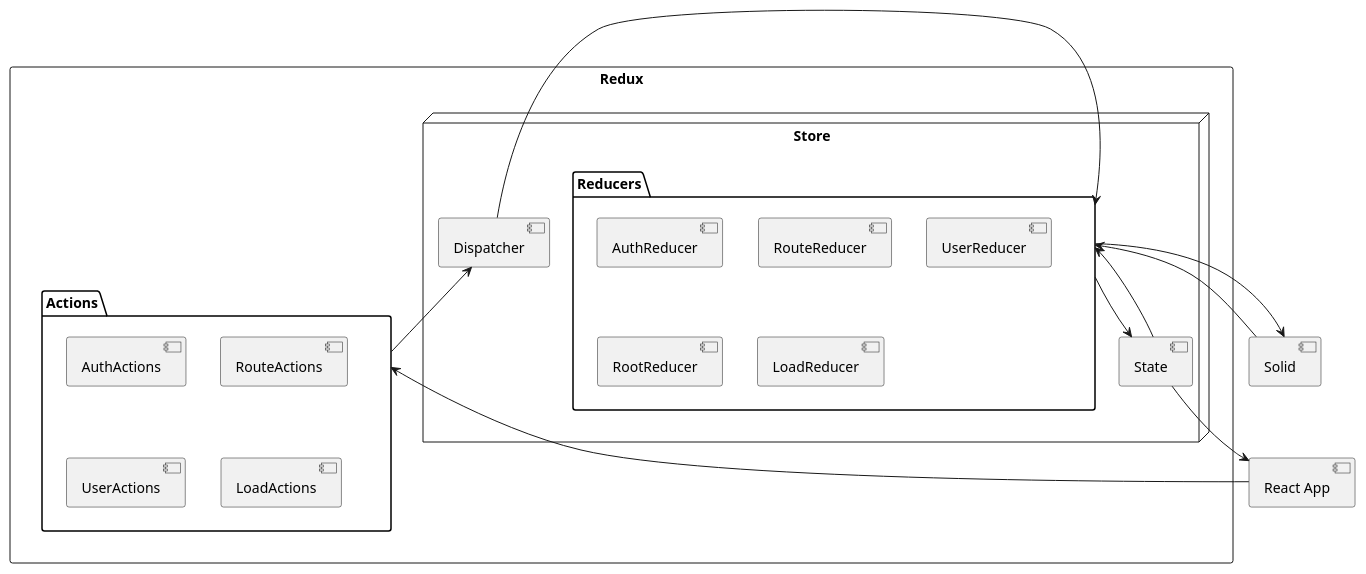
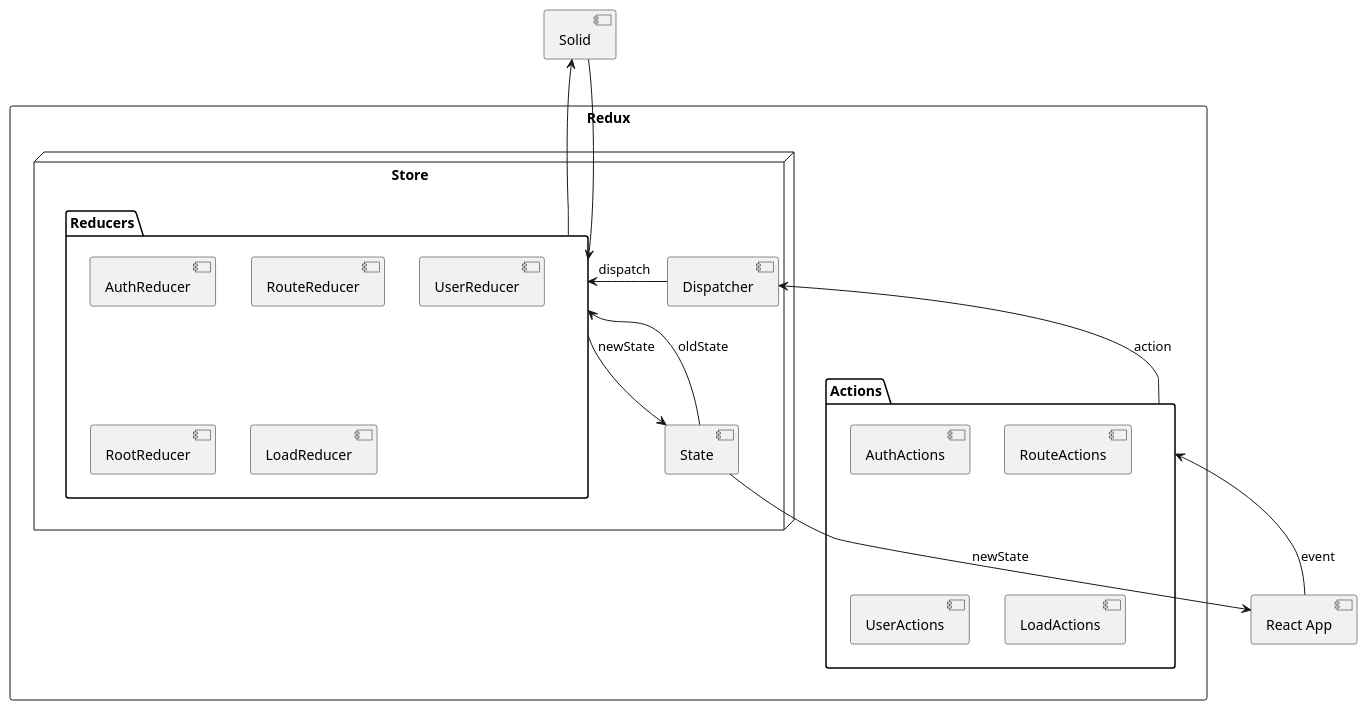
One commit to Arquisoft/viade_en1b changed the diagram in src/docs/diagrams/05-02_whiteboxRedux.puml. Above: the diagram before and after it, drawn with PlantUML.

Commit message:
Redux diagram finished

```diff
--- a/src/docs/diagrams/05-02_whiteboxRedux.puml
+++ b/src/docs/diagrams/05-02_whiteboxRedux.puml
@@ -1,46 +1,46 @@
 @startuml
 
 rectangle Redux {
     node "Store" {
         [Dispatcher] as dispatcher
         folder "Reducers" as reducers {
             [AuthReducer] as authReducer
             [RouteReducer] as routeReducer
             [UserReducer] as userReducer
             [RootReducer] as rootReducer
             [LoadReducer] as loadReducer
         }
         [State] as state
     }
 
     folder "Actions" as actions {
     [AuthActions] as authActions
     [RouteActions] as routeActions
     [UserActions] as userActions
     [LoadActions] as loadActions
 }
 }
 
 
 
 [React App] as app 
 
-app -up-> actions
-actions -up-> dispatcher
-dispatcher -> reducers
-state -> reducers
-[Solid] -up-> reducers
-reducers -down-> [Solid]
-reducers -down-> state
-state -down-> app
+app -up-> actions :event
+actions -up-> dispatcher :action
+dispatcher -> reducers :dispatch
+state -> reducers :oldState
+reducers -up-> [Solid]
+[Solid] -down-> reducers
+reducers -down-> state :newState
+state -down-> app :newState
 
 
 
 
 
 
 
 
 
 
 @enduml
```
